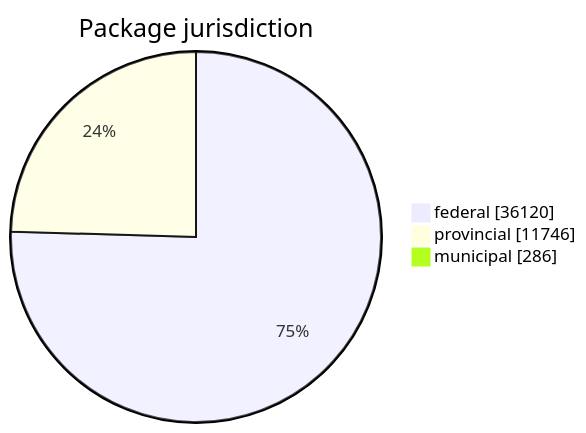
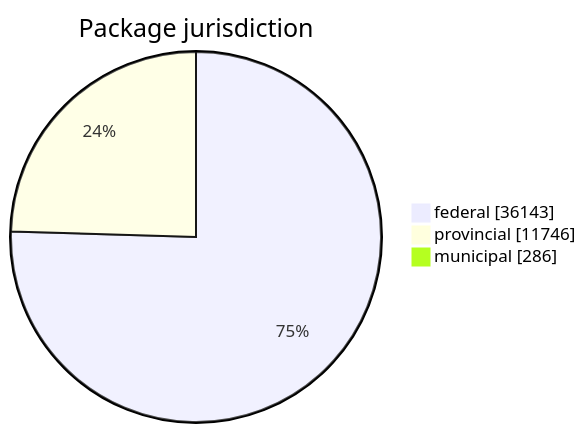
The first of 5 diagrams in FreshCheck/README.md (open-data/analytics-corporate-reporting), drawn with Mermaid before and after one commit. The commit also changed other lines of this file and 3 other files, not shown here.

````diff
--- a/FreshCheck/README.md
+++ b/FreshCheck/README.md
@@ -60,6 +60,6 @@
 ```mermaid
 pie showData title Package jurisdiction
-    "federal": 36120
+    "federal": 36143
     "provincial": 11746
     "municipal": 286
 ```
````
